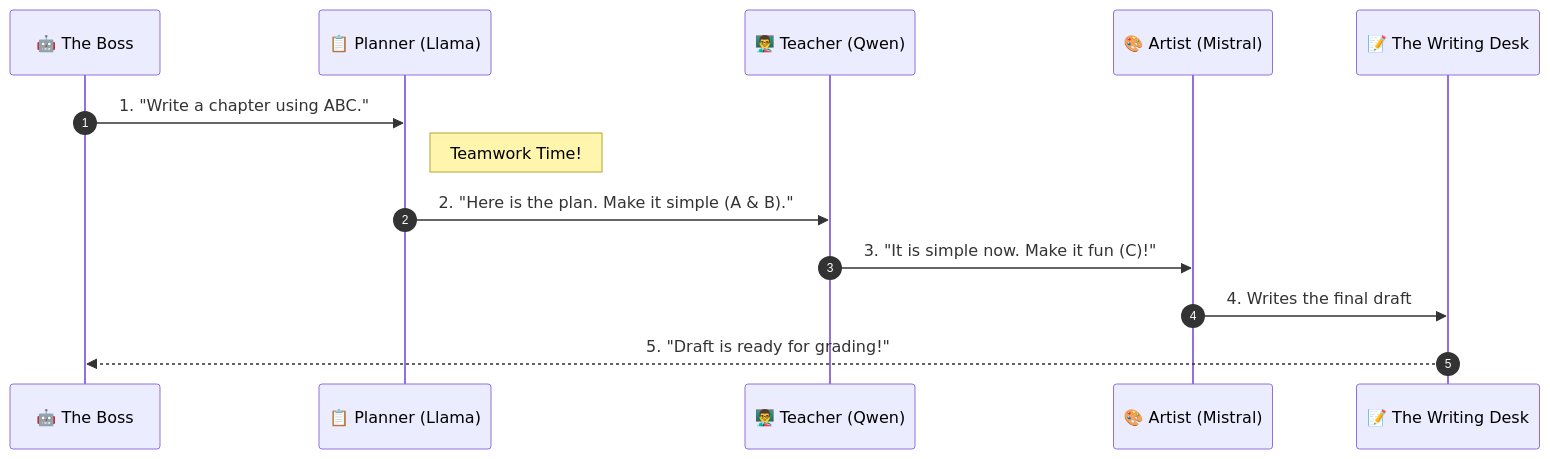
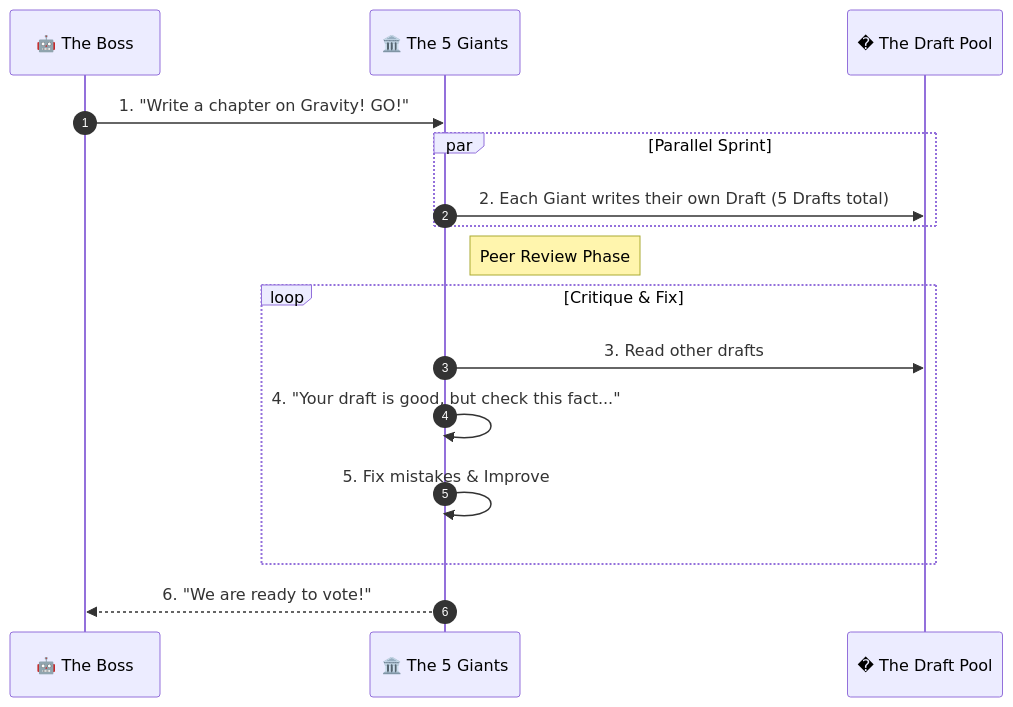
The second of 4 diagrams in docs/workflows/README.md (xlp0/PrologueOfSpacetime), drawn with Mermaid before and after one commit. The commit also changed other lines of this file and 3 other files, not shown here.

Commit message:
Docs: Implement Parallel Tournament Workflow (Draft -> Peer Review -> Iterate)

````diff
--- a/docs/workflows/README.md
+++ b/docs/workflows/README.md
@@ -85,18 +85,23 @@
 ```mermaid
 sequenceDiagram
     autonumber
     participant Boss as 🤖 The Boss
-    participant Plan as 📋 Planner (Llama)
-    participant Teach as 👨‍🏫 Teacher (Qwen)
-    participant Art as 🎨 Artist (Mistral)
-    participant Desk as 📝 The Writing Desk
+    participant Team as 🏛️ The 5 Giants
+    participant Pool as � The Draft Pool
 
-    Boss->>Plan: 1. "Write a chapter using ABC."
+    Boss->>Team: 1. "Write a chapter on Gravity! GO!"
     
-    Note right of Plan: Teamwork Time!
-    Plan->>Teach: 2. "Here is the plan. Make it simple (A & B)."
-    Teach->>Art: 3. "It is simple now. Make it fun (C)!"
-    Art->>Desk: 4. Writes the final draft
+    par Parallel Sprint
+        Team->>Pool: 2. Each Giant writes their own Draft (5 Drafts total)
+    end
     
-    Desk-->>Boss: 5. "Draft is ready for grading!"
+    Note right of Team: Peer Review Phase
+    
+    loop Critique & Fix
+        Team->>Pool: 3. Read other drafts
+        Team->>Team: 4. "Your draft is good, but check this fact..."
+        Team->>Team: 5. Fix mistakes & Improve
+    end
+    
+    Team-->>Boss: 6. "We are ready to vote!"
 ```
````
